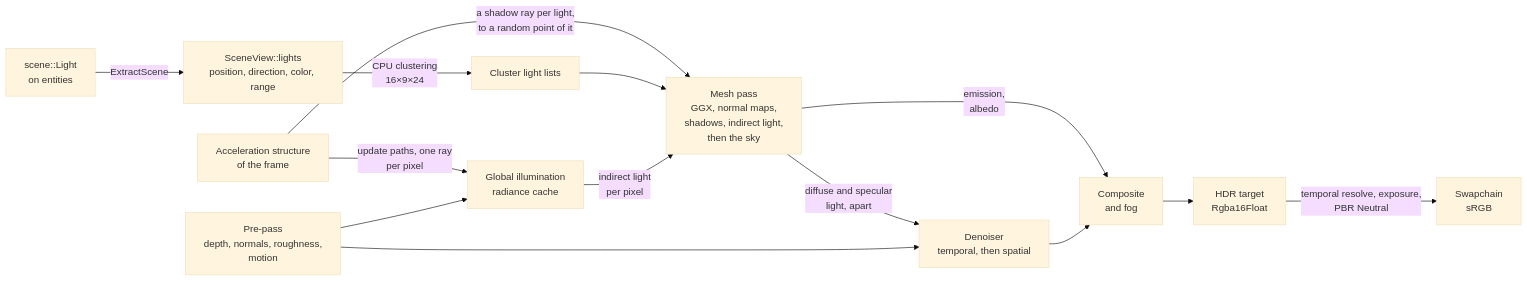
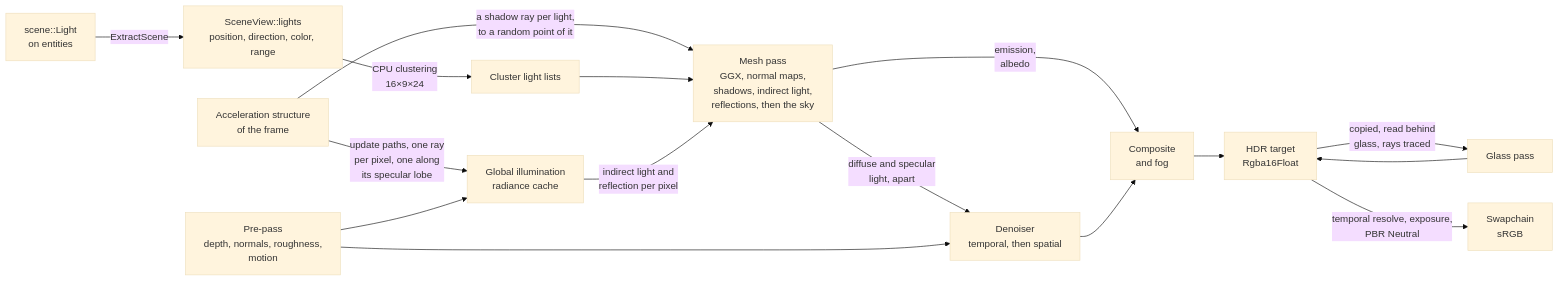
One commit to SBXdev3D/daidalos-engine-next changed the eighth of 12 diagrams in docs/ARCHITECTURE.md. Above: the diagram before and after it, drawn with Mermaid (base theme). The commit also changed other lines of this file and 46 other files, not shown here.

First line of the commit message:
Phase 9.10: ray-traced reflections and glass (#33)

````diff
--- a/docs/ARCHITECTURE.md
+++ b/docs/ARCHITECTURE.md
@@ -179,16 +181,18 @@
 ```mermaid
 flowchart LR
     E["scene::Light<br/>on entities"] -->|"ExtractScene"| L["SceneView::lights<br/>position, direction, color, range"]
     AS["Acceleration structure<br/>of the frame"] -->|"a shadow ray per light,<br/>to a random point of it"| M
     L -->|"CPU clustering<br/>16×9×24"| CL["Cluster light lists"]
-    CL --> M["Mesh pass<br/>GGX, normal maps,<br/>shadows, indirect light,<br/>then the sky"]
-    AS -->|"update paths, one ray<br/>per pixel"| GI["Global illumination<br/>radiance cache"]
+    CL --> M["Mesh pass<br/>GGX, normal maps,<br/>shadows, indirect light,<br/>reflections, then the sky"]
+    AS -->|"update paths, one ray<br/>per pixel, one along<br/>its specular lobe"| GI["Global illumination<br/>radiance cache"]
     P["Pre-pass<br/>depth, normals, roughness,<br/>motion"] --> GI
-    GI -->|"indirect light<br/>per pixel"| M
+    GI -->|"indirect light and<br/>reflection per pixel"| M
     M -->|"diffuse and specular<br/>light, apart"| DN["Denoiser<br/>temporal, then spatial"]
     P --> DN
     M -->|"emission,<br/>albedo"| CO["Composite<br/>and fog"]
     DN --> CO
     CO --> H["HDR target<br/>Rgba16Float"]
+    H -->|"copied, read behind<br/>glass, rays traced"| GL["Glass pass"]
+    GL --> H
     H -->|"temporal resolve, exposure,<br/>PBR Neutral"| S["Swapchain<br/>sRGB"]
 ```
````
